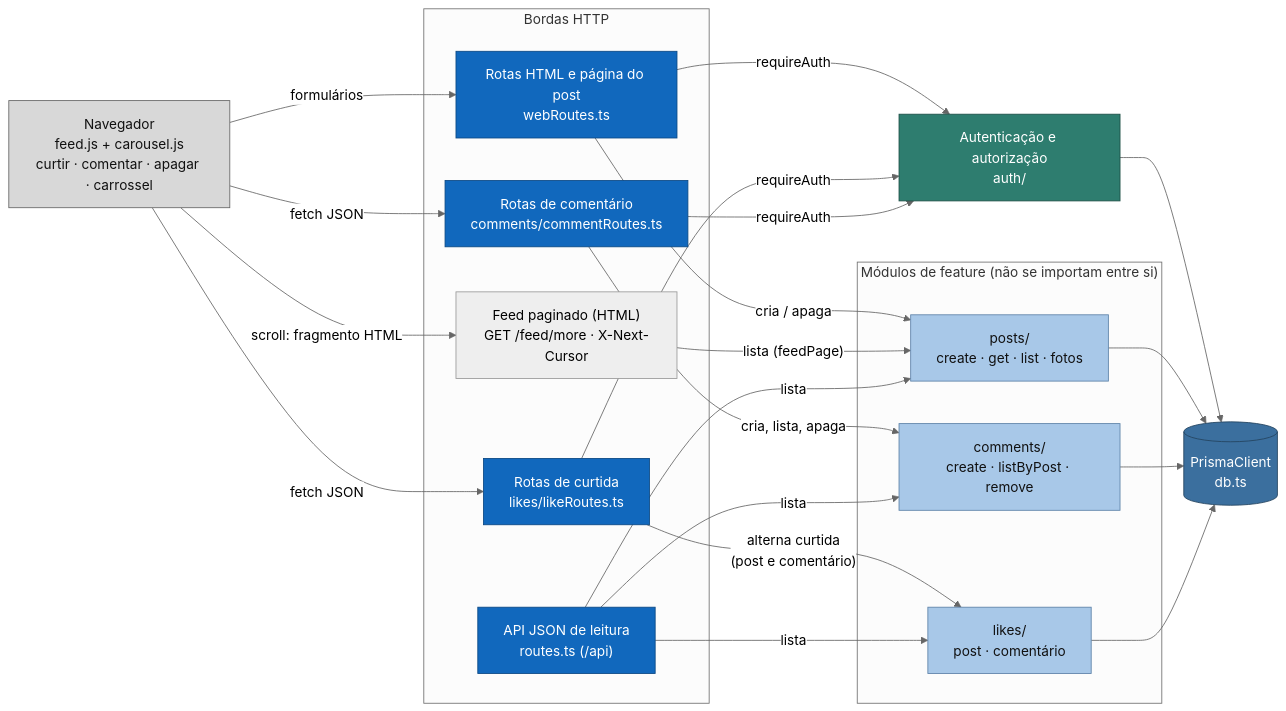
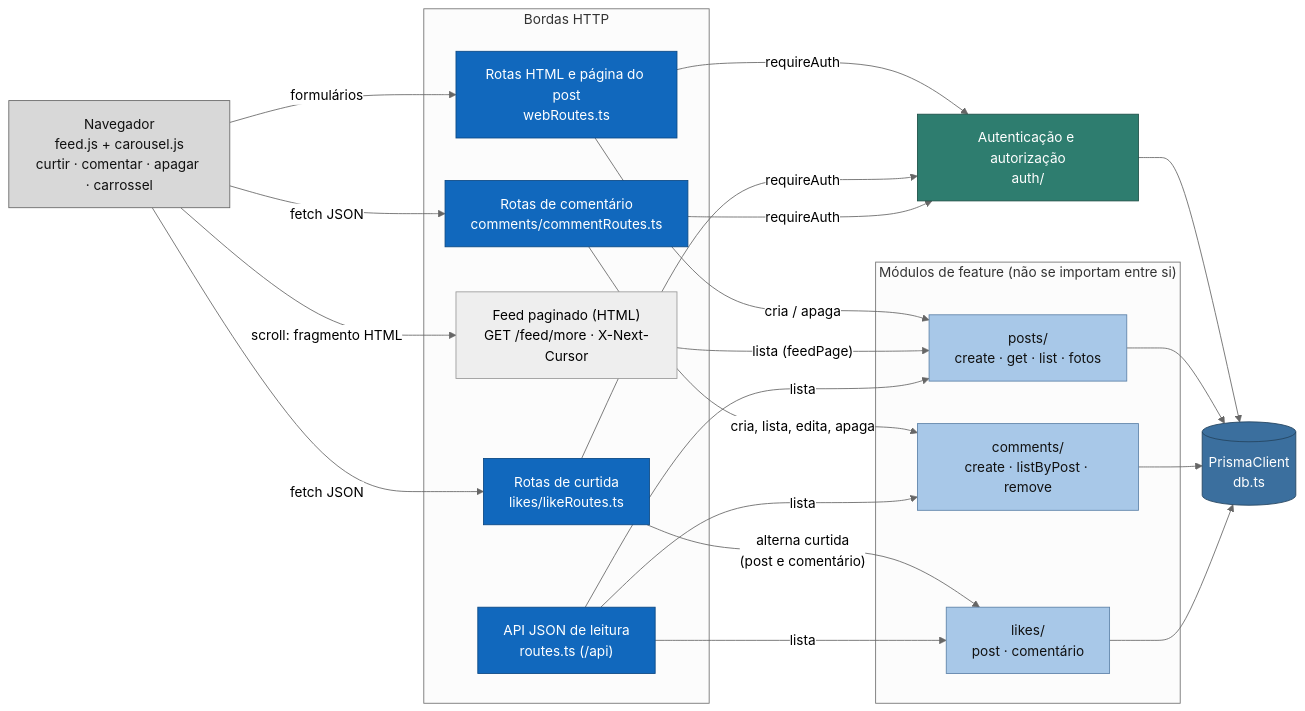
The third of 4 diagrams in docs/arquitetura/c4.md (robertoSilva-ux/redesocial), drawn with Mermaid (neutral theme) before and after one commit. The commit also changed 7 other files, not shown here.

````diff
--- a/docs/arquitetura/c4.md
+++ b/docs/arquitetura/c4.md
@@ -90,48 +90,48 @@
 ```mermaid
 flowchart LR
   nav["Navegador<br/>feed.js + carousel.js<br/>curtir · comentar · apagar · carrossel"]:::externo
 
   subgraph bordas["Bordas HTTP"]
     web["Rotas HTML e página do post<br/>webRoutes.ts"]
     inter["Rotas de curtida<br/>likes/likeRoutes.ts"]
     com["Rotas de comentário<br/>comments/commentRoutes.ts"]:::borda
     api["API JSON de leitura<br/>routes.ts (/api)"]
     mais["Feed paginado (HTML)<br/>GET /feed/more · X-Next-Cursor"]
   end
 
   subgraph modulos["Módulos de feature (não se importam entre si)"]
     posts["posts/<br/>create · get · list · fotos"]
     comments["comments/<br/>create · listByPost · remove"]
     likes["likes/<br/>post · comentário"]
   end
 
   auth["Autenticação e autorização<br/>auth/"]:::transversal
   db[("PrismaClient<br/>db.ts")]:::dados
 
   nav -->|"formulários"| web
   nav -->|"fetch JSON"| inter
   nav -->|"fetch JSON"| com
   nav -->|"scroll: fragmento HTML"| mais
   web -->|"requireAuth"| auth
   inter -->|"requireAuth"| auth
   com -->|"requireAuth"| auth
   web -->|"cria / apaga"| posts
   inter -->|"alterna curtida<br/>(post e comentário)"| likes
-  com -->|"cria, lista, apaga"| comments
+  com -->|"cria, lista, edita, apaga"| comments
   mais -->|"lista (feedPage)"| posts
   api -->|"lista"| posts
   api -->|"lista"| comments
   api -->|"lista"| likes
   auth --> db
   posts --> db
   comments --> db
   likes --> db
 
   classDef externo fill:#d8d8d8,stroke:#666,color:#111
   classDef borda fill:#1168bd,stroke:#0b4884,color:#fff
   classDef modulo fill:#a8c8e8,stroke:#5d82a8,color:#111
   classDef transversal fill:#2e7d6f,stroke:#1d4f46,color:#fff
   classDef dados fill:#3b6f9e,stroke:#24445f,color:#fff
   class web,inter,api borda
   class posts,comments,likes modulo
 ```
````
